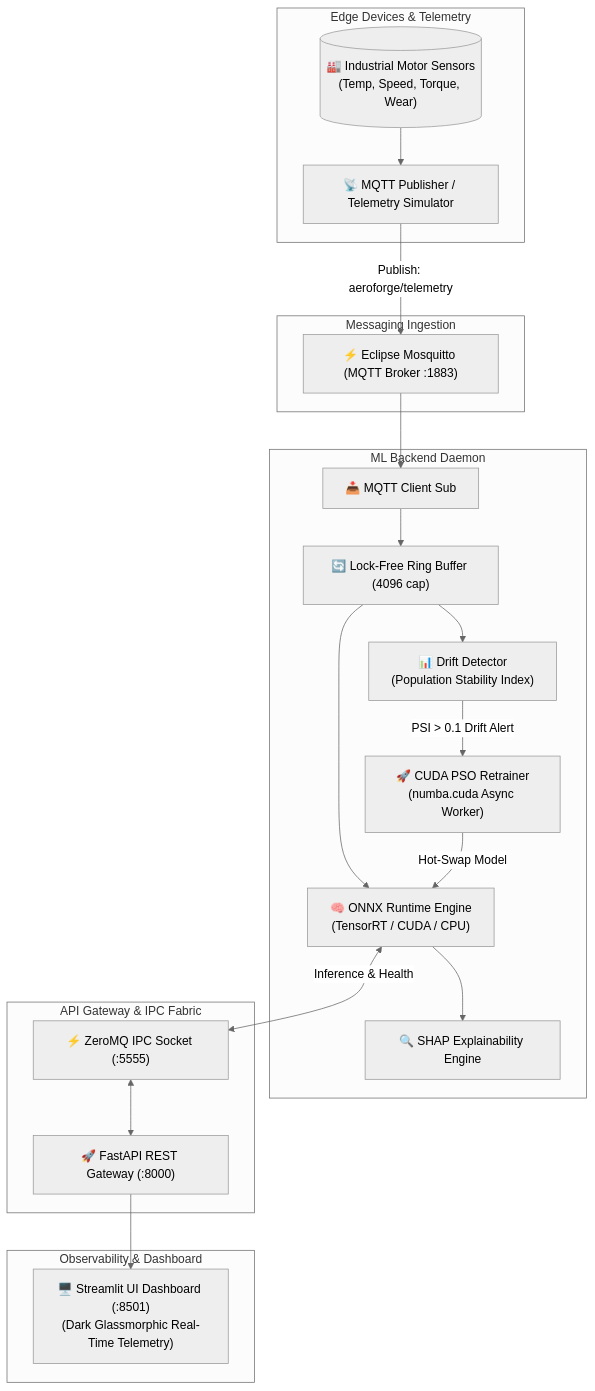
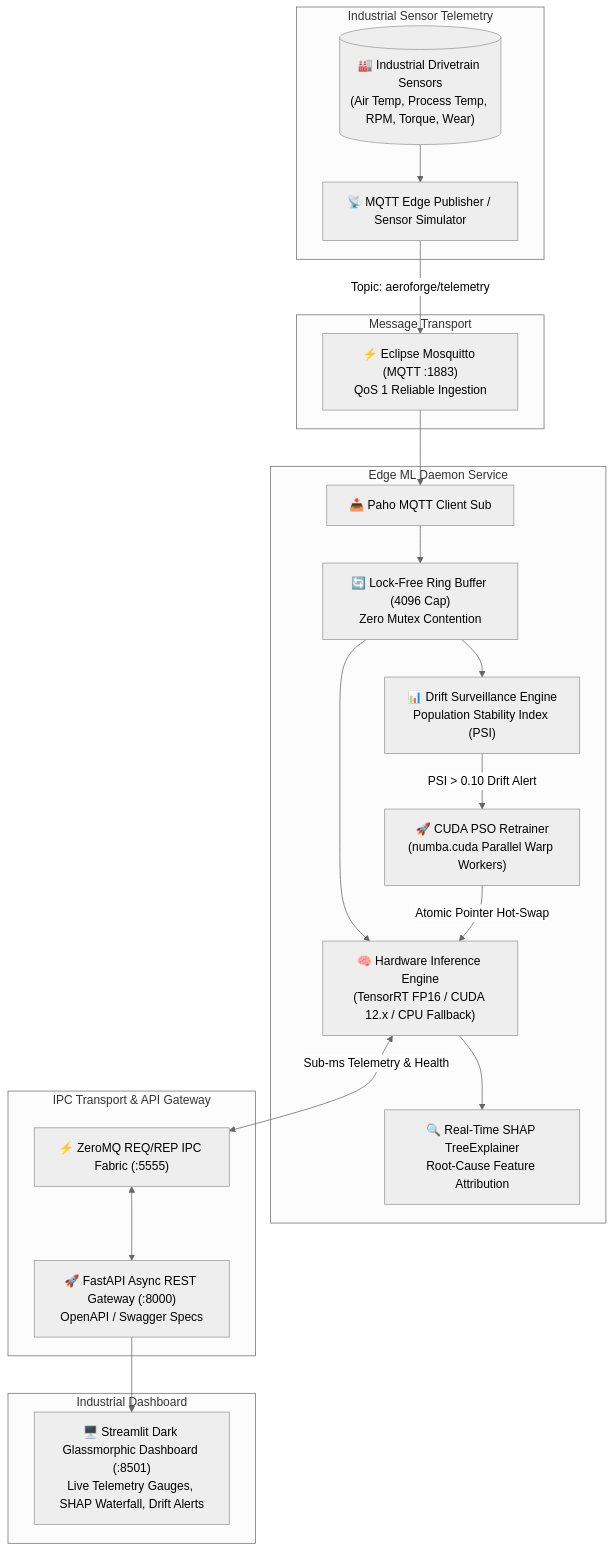
The diagram in README.md (Ravva-78/motor-health-pso-cuda), drawn with Mermaid (neutral theme) before and after one commit. The commit also changed other lines of this file and 25 other files, not shown here.

````diff
--- a/README.md
+++ b/README.md
@@ -43,43 +39,43 @@
 ```mermaid
 flowchart TD
-    subgraph Edge Layer [Edge Devices & Telemetry]
-        SENSORS[("🏭 Industrial Motor Sensors\n(Temp, Speed, Torque, Wear)")]
-        MQTT_PUB["📡 MQTT Publisher / Telemetry Simulator"]
+    subgraph Edge Layer [Industrial Sensor Telemetry]
+        SENSORS[("🏭 Industrial Drivetrain Sensors\n(Air Temp, Process Temp, RPM, Torque, Wear)")]
+        MQTT_PUB["📡 MQTT Edge Publisher / Sensor Simulator"]
         SENSORS --> MQTT_PUB
     end
 
-    subgraph Broker [Messaging Ingestion]
-        MOSQUITTO["⚡ Eclipse Mosquitto (MQTT Broker :1883)"]
-        MQTT_PUB -->|Publish: aeroforge/telemetry| MOSQUITTO
+    subgraph Broker [Message Transport]
+        MOSQUITTO["⚡ Eclipse Mosquitto (MQTT :1883)\nQoS 1 Reliable Ingestion"]
+        MQTT_PUB -->|Topic: aeroforge/telemetry| MOSQUITTO
     end
 
-    subgraph Daemon [ML Backend Daemon]
-        MQTT_SUB["📥 MQTT Client Sub"]
-        RING_BUF["🔄 Lock-Free Ring Buffer (4096 cap)"]
-        INFER["🧠 ONNX Runtime Engine\n(TensorRT / CUDA / CPU)"]
-        SHAP_EXP["🔍 SHAP Explainability Engine"]
-        DRIFT["📊 Drift Detector\n(Population Stability Index)"]
-        PSO_RETAIN["🚀 CUDA PSO Retrainer\n(numba.cuda Async Worker)"]
+    subgraph Daemon [Edge ML Daemon Service]
+        MQTT_SUB["📥 Paho MQTT Client Sub"]
+        RING_BUF["🔄 Lock-Free Ring Buffer (4096 Cap)\nZero Mutex Contention"]
+        INFER["🧠 Hardware Inference Engine\n(TensorRT FP16 / CUDA 12.x / CPU Fallback)"]
+        SHAP_EXP["🔍 Real-Time SHAP TreeExplainer\nRoot-Cause Feature Attribution"]
+        DRIFT["📊 Drift Surveillance Engine\nPopulation Stability Index (PSI)"]
+        PSO_RETAIN["🚀 CUDA PSO Retrainer\n(numba.cuda Parallel Warp Workers)"]
 
         MOSQUITTO --> MQTT_SUB
         MQTT_SUB --> RING_BUF
         RING_BUF --> INFER
         RING_BUF --> DRIFT
         INFER --> SHAP_EXP
-        DRIFT -->|PSI > 0.1 Drift Alert| PSO_RETAIN
-        PSO_RETAIN -->|Hot-Swap Model| INFER
+        DRIFT -->|PSI > 0.10 Drift Alert| PSO_RETAIN
+        PSO_RETAIN -->|Atomic Pointer Hot-Swap| INFER
     end
 
-    subgraph IPC_REST [API Gateway & IPC Fabric]
-        ZMQ["⚡ ZeroMQ IPC Socket (:5555)"]
-        FASTAPI["🚀 FastAPI REST Gateway (:8000)"]
+    subgraph IPC_REST [IPC Transport & API Gateway]
+        ZMQ["⚡ ZeroMQ REQ/REP IPC Fabric (:5555)"]
+        FASTAPI["🚀 FastAPI Async REST Gateway (:8000)\nOpenAPI / Swagger Specs"]
 
-        INFER <-->|Inference & Health| ZMQ
+        INFER <-->|Sub-ms Telemetry & Health| ZMQ
         ZMQ <--> FASTAPI
     end
 
-    subgraph Frontend [Observability & Dashboard]
-        STREAMLIT["🖥️ Streamlit UI Dashboard (:8501)\n(Dark Glassmorphic Real-Time Telemetry)"]
+    subgraph Observability [Industrial Dashboard]
+        STREAMLIT["🖥️ Streamlit Dark Glassmorphic Dashboard (:8501)\nLive Telemetry Gauges, SHAP Waterfall, Drift Alerts"]
         FASTAPI --> STREAMLIT
     end
 ```
````
